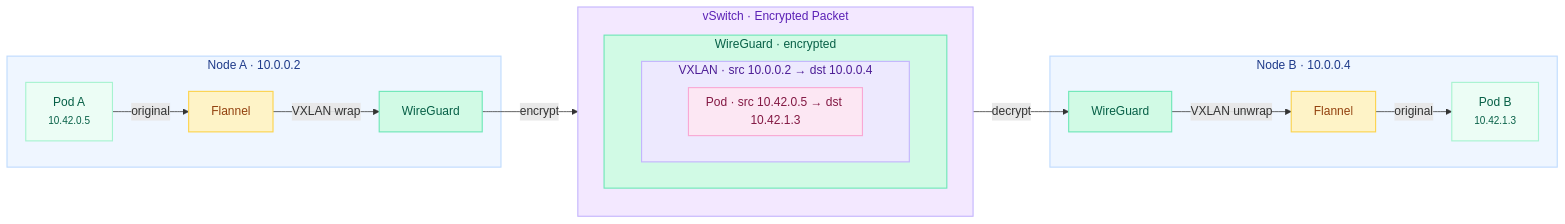
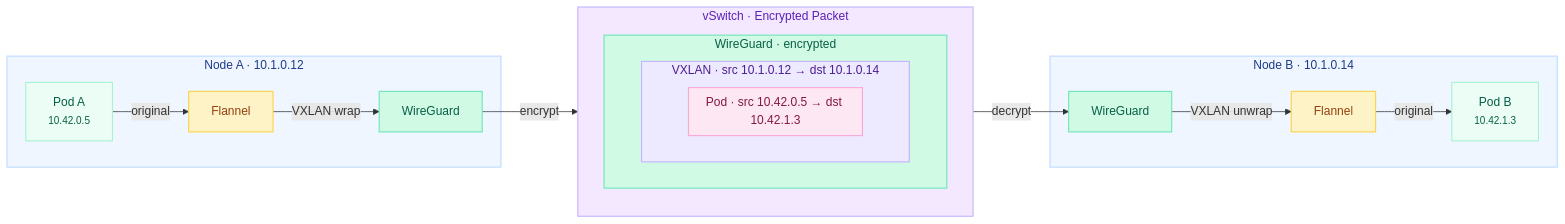
The second of 2 diagrams in guides/migrating-k3s-to-rke2-without-downtime/lesson-6.md (philprime/philprime.dev), drawn with Mermaid before and after one commit. The commit also changed other lines of this file and 9 other files, not shown here.

````diff
--- a/guides/migrating-k3s-to-rke2-without-downtime/lesson-6.md
+++ b/guides/migrating-k3s-to-rke2-without-downtime/lesson-6.md
@@ -235,49 +235,49 @@
 ```mermaid!
 flowchart LR
-    subgraph NodeA["Node A · 10.0.0.2"]
+    subgraph NodeA["Node A · 10.1.0.12"]
         PodA["Pod A<br/><small>10.42.0.5</small>"]
         FA["Flannel"]
         WA["WireGuard"]
     end
 
     subgraph Wire["vSwitch · Encrypted Packet"]
         direction TB
         subgraph WG["WireGuard · encrypted"]
-            subgraph Outer["VXLAN · src 10.0.0.2 → dst 10.0.0.4"]
+            subgraph Outer["VXLAN · src 10.1.0.12 → dst 10.1.0.14"]
                 subgraph Inner["Pod · src 10.42.0.5 → dst 10.42.1.3"]
                 end
             end
         end
     end
 
-    subgraph NodeB["Node B · 10.0.0.4"]
+    subgraph NodeB["Node B · 10.1.0.14"]
         WB["WireGuard"]
         FB["Flannel"]
         PodB["Pod B<br/><small>10.42.1.3</small>"]
     end
 
     PodA -->|"original"| FA
     FA -->|"VXLAN wrap"| WA
     WA -->|"encrypt"| Wire
     Wire -->|"decrypt"| WB
     WB -->|"VXLAN unwrap"| FB
     FB -->|"original"| PodB
 
     classDef node fill:#eff6ff,color:#1e3a8a,stroke:#bfdbfe,stroke-width:1.5px
     classDef pod fill:#ecfdf5,color:#065f46,stroke:#a7f3d0,stroke-width:1.5px
     classDef flannel fill:#fef3c7,color:#92400e,stroke:#fcd34d,stroke-width:1.5px
     classDef wg fill:#d1fae5,color:#065f46,stroke:#6ee7b7,stroke-width:1.5px
     classDef wire fill:#f3e8ff,color:#5b21b6,stroke:#c4b5fd,stroke-width:1.5px
     classDef outer fill:#ede9fe,color:#4c1d95,stroke:#c4b5fd,stroke-width:1.5px
     classDef inner fill:#fce7f3,color:#831843,stroke:#f9a8d4,stroke-width:1.5px
     classDef encrypted fill:#d1fae5,color:#065f46,stroke:#6ee7b7,stroke-width:1.5px
 
     class NodeA,NodeB node
     class PodA,PodB pod
     class FA,FB flannel
     class WA,WB wg
     class Wire wire
     class WG encrypted
     class Outer outer
     class Inner inner
 ```
````
